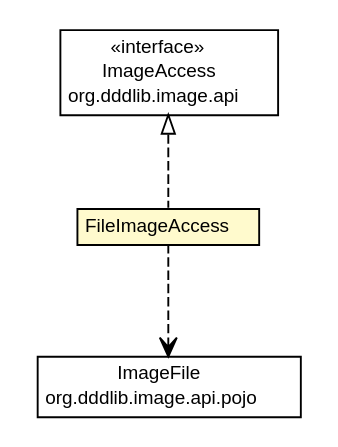
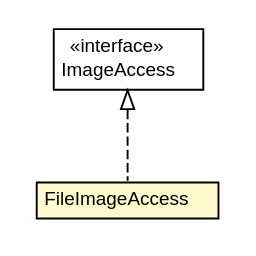
Before and after one commit to dayatang/dddlib: the diagram in dddlib-image/dddlib-image-file/apidocs/org/dddlib/image/file/FileImageAccess.dot, drawn with Graphviz. The commit also changed 67 other files, not shown here.

```diff
--- a/dddlib-image/dddlib-image-file/apidocs/org/dddlib/image/file/FileImageAccess.dot
+++ b/dddlib-image/dddlib-image-file/apidocs/org/dddlib/image/file/FileImageAccess.dot
@@ -1,37 +1,27 @@
 #!/usr/local/bin/dot
 #
 # Class diagram 
 # Generated by UMLGraph version R5_6_6-8-g8d7759 (http://www.umlgraph.org/)
 #
 
 digraph G {
 	edge [fontname="Helvetica",fontsize=10,labelfontname="Helvetica",labelfontsize=10];
 	node [fontname="Helvetica",fontsize=10,shape=plaintext];
 	nodesep=0.25;
 	ranksep=0.5;
 	// org.dddlib.image.file.FileImageAccess
-	c5 [label=<<table title="org.dddlib.image.file.FileImageAccess" border="0" cellborder="1" cellspacing="0" cellpadding="2" port="p" bgcolor="lemonChiffon" href="./FileImageAccess.html">
+	c3 [label=<<table title="org.dddlib.image.file.FileImageAccess" border="0" cellborder="1" cellspacing="0" cellpadding="2" port="p" bgcolor="lemonChiffon" href="./FileImageAccess.html">
 		<tr><td><table border="0" cellspacing="0" cellpadding="1">
 <tr><td align="center" balign="center"> FileImageAccess </td></tr>
 		</table></td></tr>
 		</table>>, URL="./FileImageAccess.html", fontname="Helvetica", fontcolor="black", fontsize=10.0];
 	//org.dddlib.image.file.FileImageAccess implements org.dddlib.image.api.ImageAccess
-	c6:p -> c5:p [dir=back,arrowtail=empty,style=dashed];
-	// org.dddlib.image.file.FileImageAccess DEPEND org.dddlib.image.api.pojo.ImageFile
-	c5:p -> c8:p [taillabel="", label=" "headlabel="", fontname="Helvetica", fontcolor="black", fontsize=10.0, color="black", arrowhead=open, style=dashed];
+	c4:p -> c3:p [dir=back,arrowtail=empty,style=dashed];
 	// org.dddlib.image.api.ImageAccess
-	c6 [label=<<table title="org.dddlib.image.api.ImageAccess" border="0" cellborder="1" cellspacing="0" cellpadding="2" port="p" href="http://java.sun.com/j2se/1.4.2/docs/api/org/dddlib/image/api/ImageAccess.html">
+	c4 [label=<<table title="org.dddlib.image.api.ImageAccess" border="0" cellborder="1" cellspacing="0" cellpadding="2" port="p">
 		<tr><td><table border="0" cellspacing="0" cellpadding="1">
 <tr><td align="center" balign="center"> &#171;interface&#187; </td></tr>
 <tr><td align="center" balign="center"> ImageAccess </td></tr>
-<tr><td align="center" balign="center"> org.dddlib.image.api </td></tr>
 		</table></td></tr>
-		</table>>, URL="http://java.sun.com/j2se/1.4.2/docs/api/org/dddlib/image/api/ImageAccess.html", fontname="Helvetica", fontcolor="black", fontsize=10.0];
-	// org.dddlib.image.api.pojo.ImageFile
-	c8 [label=<<table title="org.dddlib.image.api.pojo.ImageFile" border="0" cellborder="1" cellspacing="0" cellpadding="2" port="p" href="http://java.sun.com/j2se/1.4.2/docs/api/org/dddlib/image/api/pojo/ImageFile.html">
-		<tr><td><table border="0" cellspacing="0" cellpadding="1">
-<tr><td align="center" balign="center"> ImageFile </td></tr>
-<tr><td align="center" balign="center"> org.dddlib.image.api.pojo </td></tr>
-		</table></td></tr>
-		</table>>, URL="http://java.sun.com/j2se/1.4.2/docs/api/org/dddlib/image/api/pojo/ImageFile.html", fontname="Helvetica", fontcolor="black", fontsize=10.0];
+		</table>>, URL="null", fontname="Helvetica", fontcolor="black", fontsize=10.0];
 }
```
